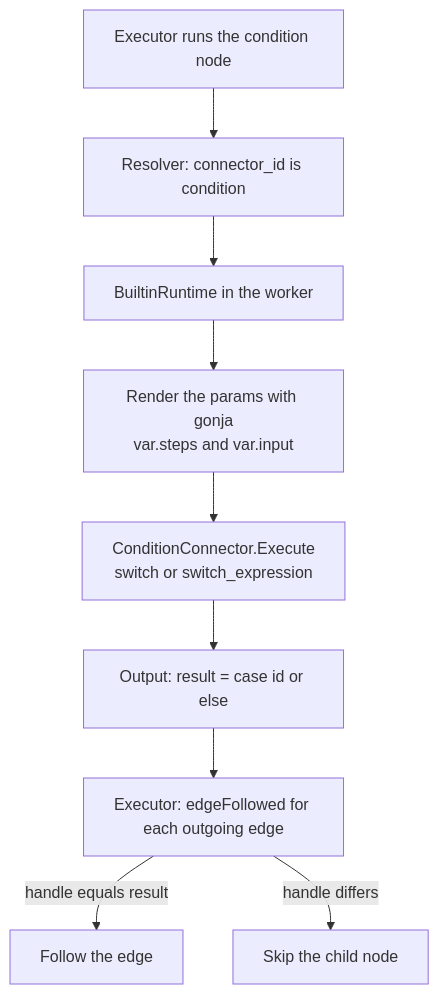
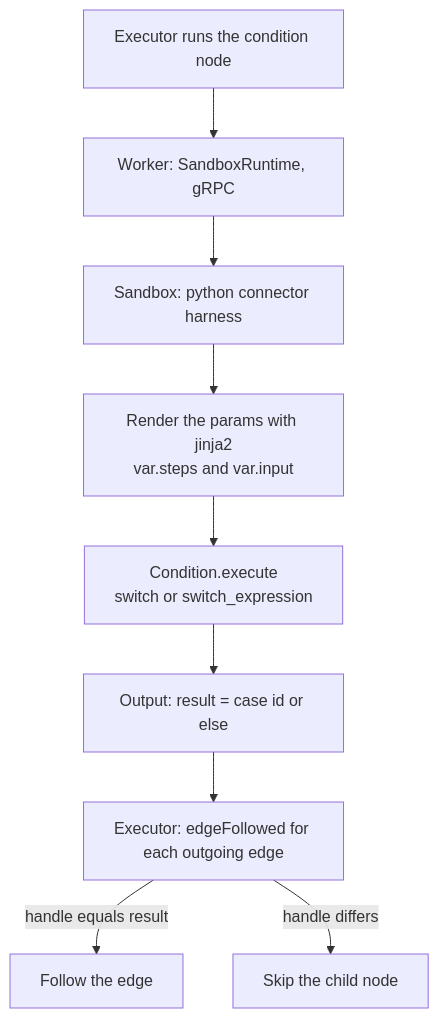
One commit to yuudev14/workflow changed the diagram in docs/condition.md. Above: the diagram before and after it, drawn with Mermaid. The commit also changed other lines of this file and 15 other files, not shown here.

First line of the commit message:
Move the condition connector from Go (gonja) to Python (jinja2)

````diff
--- a/docs/condition.md
+++ b/docs/condition.md
@@ -63,11 +63,11 @@
 ```mermaid
 flowchart TD
-    A[Executor runs the condition node] --> B[Resolver: connector_id is condition]
-    B --> C[BuiltinRuntime in the worker]
-    C --> D["Render the params with gonja<br/>var.steps and var.input"]
-    D --> E["ConditionConnector.Execute<br/>switch or switch_expression"]
+    A[Executor runs the condition node] --> B[Worker: SandboxRuntime, gRPC]
+    B --> C[Sandbox: python connector harness]
+    C --> D["Render the params with jinja2<br/>var.steps and var.input"]
+    D --> E["Condition.execute<br/>switch or switch_expression"]
     E --> F["Output: result = case id or else"]
     F --> G[Executor: edgeFollowed for each outgoing edge]
     G -- "handle equals result" --> H[Follow the edge]
     G -- "handle differs" --> I[Skip the child node]
 ```
````
